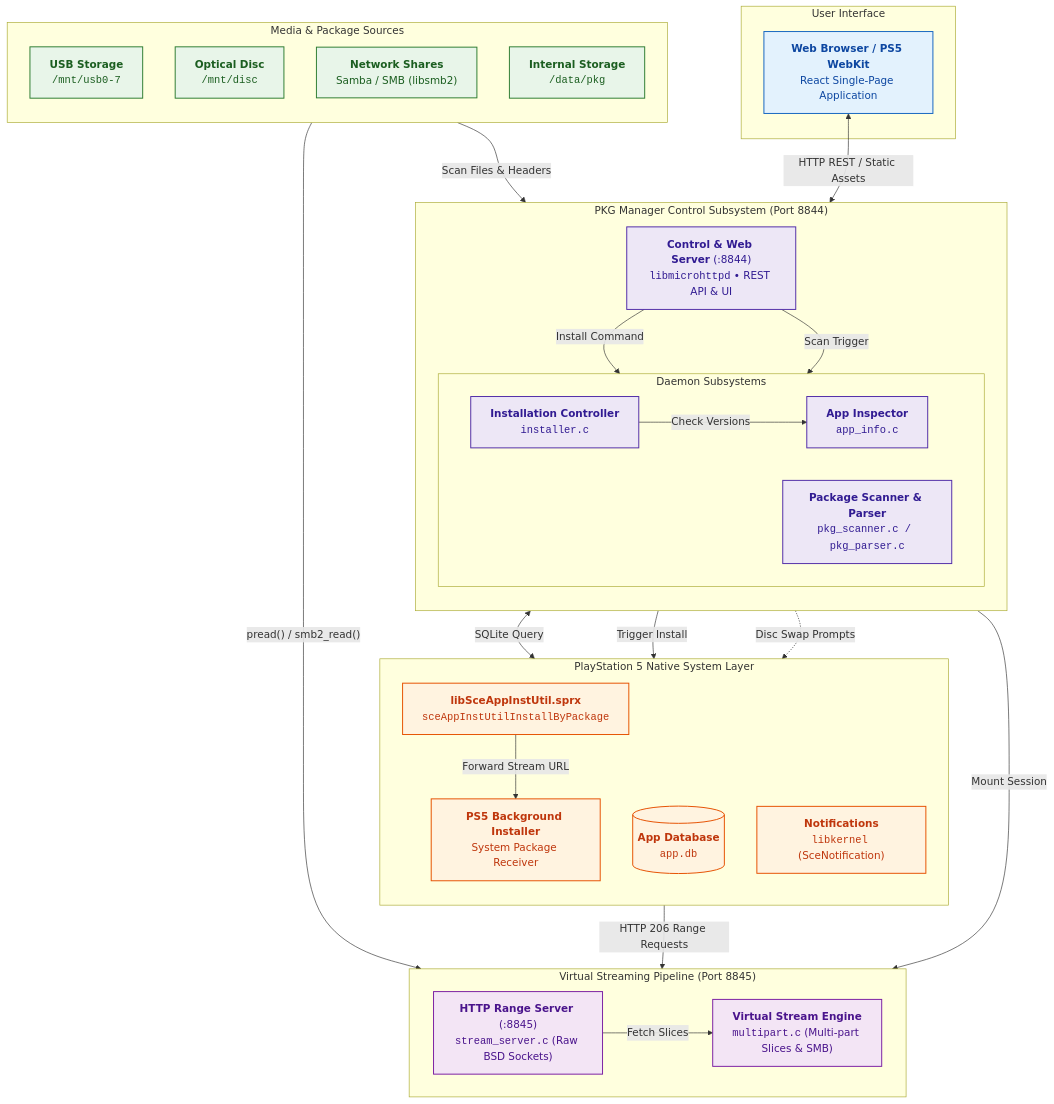
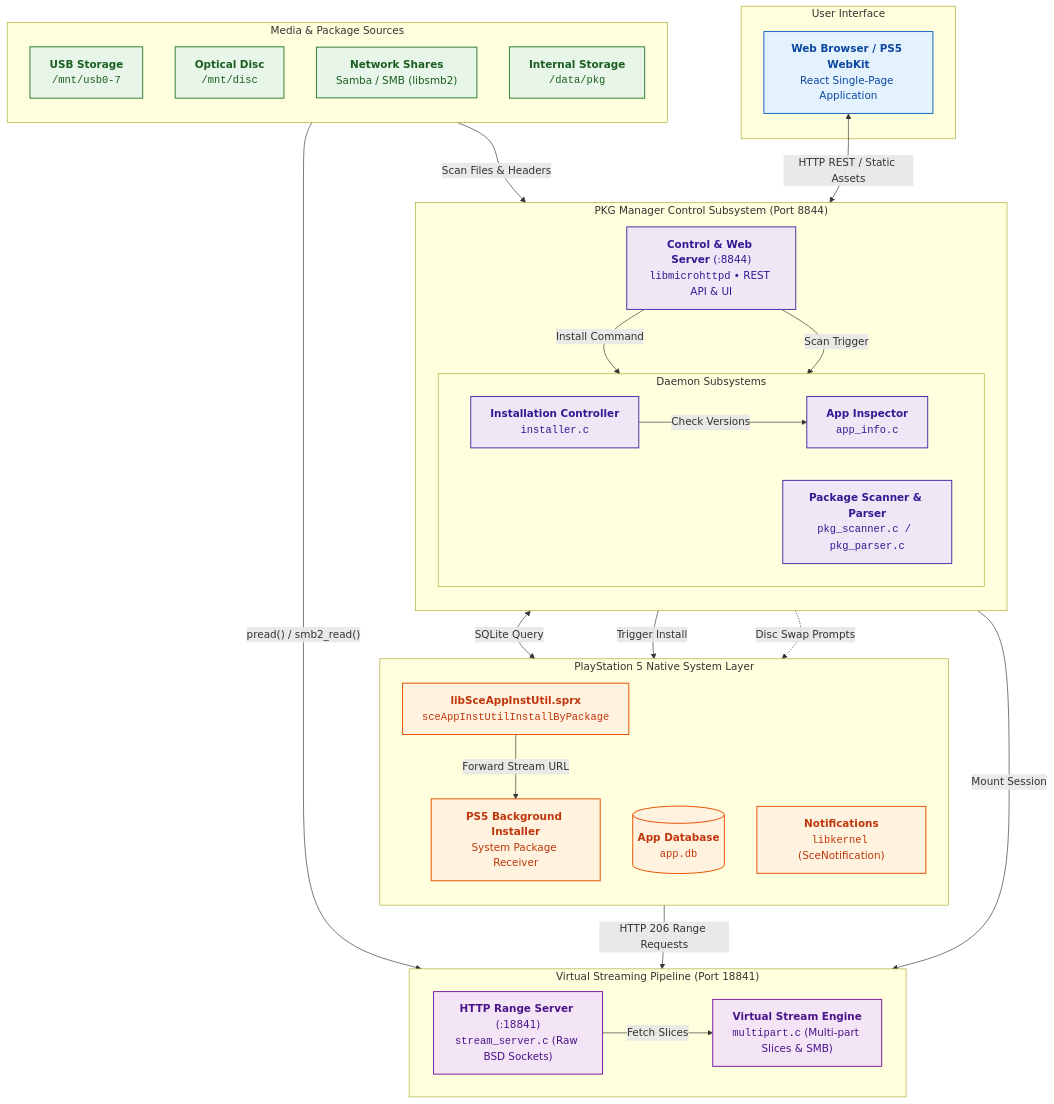
One commit to itsPLK/ps5-pkg-manager changed the diagram in ARCHITECTURE.md. Above: the diagram before and after it, drawn with Mermaid. The commit also changed other lines of this file and 14 other files, not shown here.

````diff
--- a/ARCHITECTURE.md
+++ b/ARCHITECTURE.md
@@ -11,75 +11,75 @@
 ```mermaid
 flowchart TB
     subgraph UI ["User Interface"]
         BROWSER["<b>Web Browser / PS5 WebKit</b><br/>React Single-Page Application"]
     end
 
     subgraph STOR ["Media & Package Sources"]
         direction TB
         USB["<b>USB Storage</b><br/><code>/mnt/usb0-7</code>"]
         DISC["<b>Optical Disc</b><br/><code>/mnt/disc</code>"]
         SMB["<b>Network Shares</b><br/>Samba / SMB (libsmb2)"]
         DATA["<b>Internal Storage</b><br/><code>/data/pkg</code>"]
     end
 
     subgraph CTRL ["PKG Manager Control Subsystem (Port 8844)"]
         direction TB
         HTTP8844["<b>Control & Web Server</b> (:8844)<br/><code>libmicrohttpd</code> &bull; REST API & UI"]
         subgraph CTRL_WORKERS ["Daemon Subsystems"]
             direction LR
             APPINFO["<b>App Inspector</b><br/><code>app_info.c</code>"]
             INSTALLER["<b>Installation Controller</b><br/><code>installer.c</code>"]
             SCANNER["<b>Package Scanner & Parser</b><br/><code>pkg_scanner.c / pkg_parser.c</code>"]
         end
     end
 
-    subgraph STRM ["Virtual Streaming Pipeline (Port 8845)"]
+    subgraph STRM ["Virtual Streaming Pipeline (Port 18841)"]
         direction LR
-        SOCKET["<b>HTTP Range Server</b> (:8845)<br/><code>stream_server.c</code> (Raw BSD Sockets)"]
+        SOCKET["<b>HTTP Range Server</b> (:18841)<br/><code>stream_server.c</code> (Raw BSD Sockets)"]
         VSTREAM["<b>Virtual Stream Engine</b><br/><code>multipart.c</code> (Multi-part Slices & SMB)"]
     end
 
     subgraph PS5 ["PlayStation 5 Native System Layer"]
         direction TB
         SCE["<b>libSceAppInstUtil.sprx</b><br/><code>sceAppInstUtilInstallByPackage</code>"]
         RECEIVER["<b>PS5 Background Installer</b><br/>System Package Receiver"]
         APPDB[("<b>App Database</b><br/><code>app.db</code>")]
         NOTIF["<b>Notifications</b><br/><code>libkernel</code> (SceNotification)"]
     end
 
     %% UI Interaction
     BROWSER <-->|"HTTP REST / Static Assets"| HTTP8844
 
     %% Control Plane routing
     HTTP8844 -->|"Install Command"| INSTALLER
     HTTP8844 -->|"Scan Trigger"| SCANNER
     INSTALLER -->|"Check Versions"| APPINFO
 
     %% Left: PS5 OS interactions
     APPINFO <-->|"SQLite Query"| APPDB
     INSTALLER -->|"Trigger Install"| SCE
     INSTALLER -.->|"Disc Swap Prompts"| NOTIF
     SCE -->|"Forward Stream URL"| RECEIVER
     RECEIVER -->|"HTTP 206 Range Requests"| SOCKET
 
     %% Center: Stream session mount
     INSTALLER -->|"Mount Session"| VSTREAM
     SOCKET -->|"Fetch Slices"| VSTREAM
 
     %% Right: Storage reads
     STOR -->|"Scan Files & Headers"| SCANNER
     STOR -->|"pread() / smb2_read()"| VSTREAM
 
     %% Styling
     classDef client fill:#e3f2fd,stroke:#1565c0,stroke-width:1.5px,color:#0d47a1;
     classDef ctrl fill:#ede7f6,stroke:#512da8,stroke-width:1.5px,color:#311b92;
     classDef stor fill:#e8f5e9,stroke:#2e7d32,stroke-width:1.5px,color:#1b5e20;
     classDef strm fill:#f3e5f5,stroke:#7b1fa2,stroke-width:1.5px,color:#4a148c;
     classDef ps5 fill:#fff3e0,stroke:#e65100,stroke-width:1.5px,color:#bf360c;
 
     class BROWSER client;
     class HTTP8844,APPINFO,INSTALLER,SCANNER ctrl;
     class USB,DISC,SMB,DATA stor;
     class SOCKET,VSTREAM strm;
     class SCE,RECEIVER,APPDB,NOTIF ps5;
 ```
````
